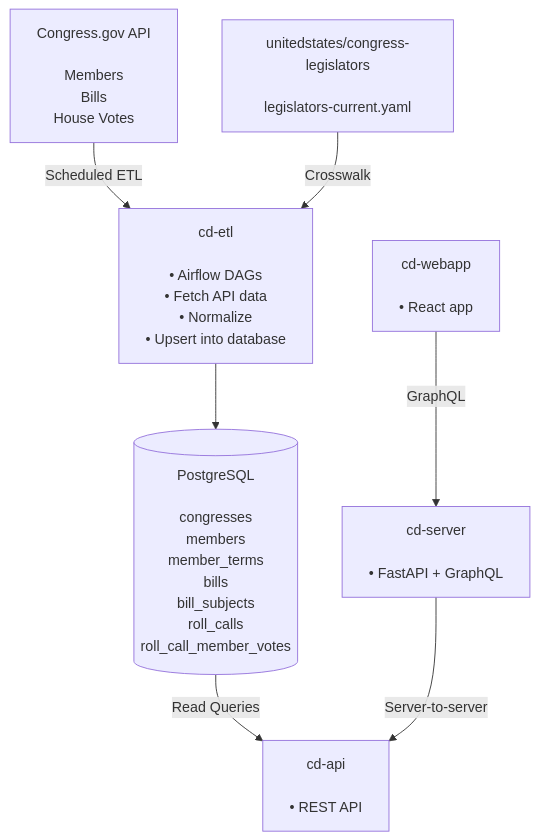
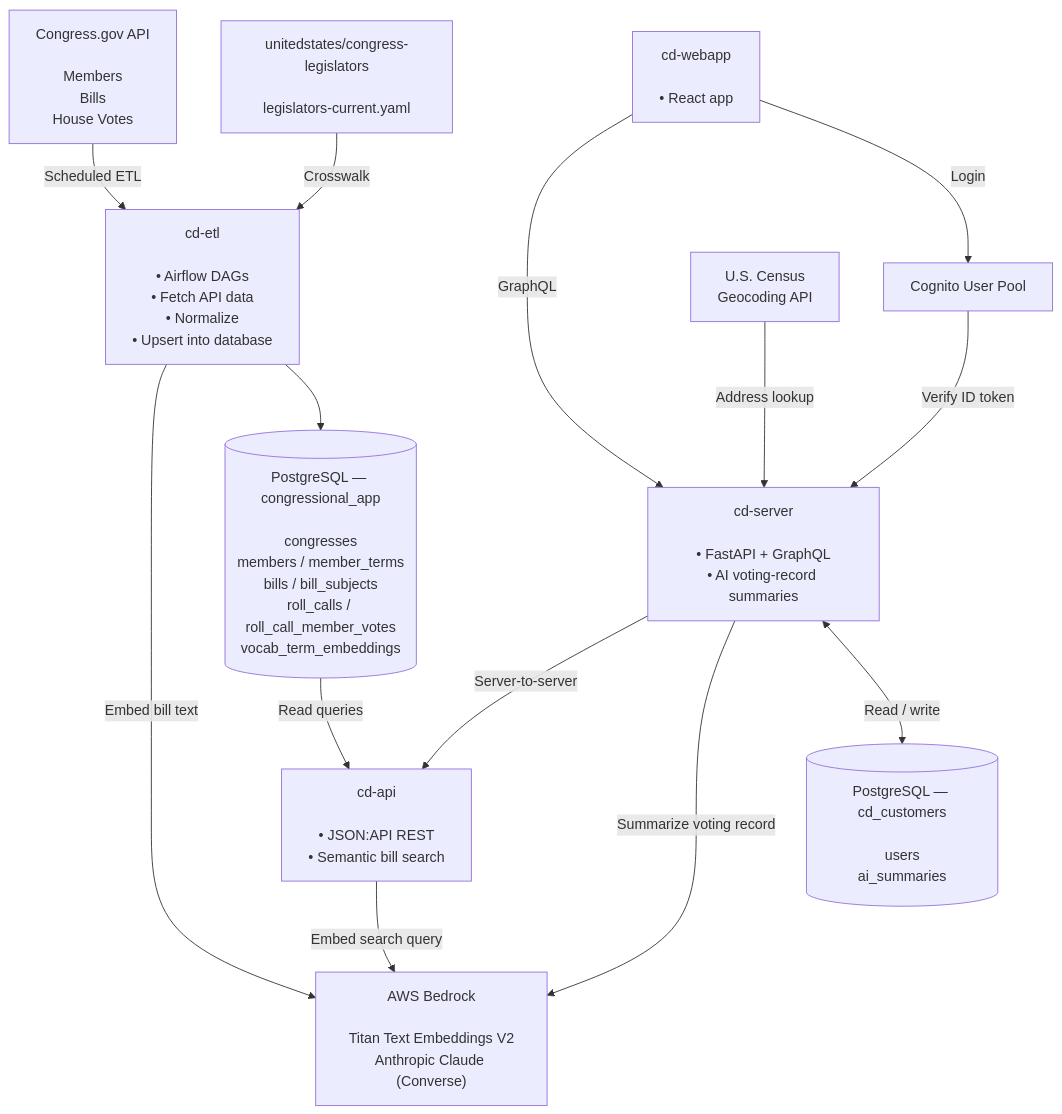
One commit to rchacon/cd-platform changed the diagram in README.md. Above: the diagram before and after it, drawn with Mermaid.

Commit message:
docs: refresh the architecture diagram
The root README's mermaid diagram was pre-semantic-search and
pre-cd-server-database. Adds what's since become load-bearing:

- AWS Bedrock -- Titan Text Embeddings V2 (cd-etl bill-text embeds +
  cd-api query embeds, cd-platform#9) and Anthropic Claude via the
  Converse API (cd-server's summarizeVotingRecord, cd-server-v0.5.0)
- cd_customers -- cd-server's own Postgres (users, ai_summaries), which
  no other component touches
- vocab_term_embeddings in the congressional_app table list; names the
  two databases apart now that there are two
- Cognito User Pool (cd-webapp login + cd-server ID-token verification)
  and the U.S. Census geocoding API (cd-server getDistrict)
- cd-api relabelled JSON:API REST + semantic bill search; cd-server
  gains the AI-summaries bullet

Rendered clean with mermaid-cli v11.

Claude-Session: https://claude.ai/code/session_01FjSrCoX1qp5tFTnqGUrxLJ

````diff
--- a/README.md
+++ b/README.md
@@ -7,9 +7,16 @@
 ```mermaid
 graph TD
     A["Congress.gov API<br/><br/>Members<br/>Bills<br/>House Votes"] -->|Scheduled ETL| B["cd-etl<br/><br/>• Airflow DAGs<br/>• Fetch API data<br/>• Normalize<br/>• Upsert into database"]
     E["unitedstates/congress-legislators<br/><br/>legislators-current.yaml"] -->|Crosswalk| B
-    B --> C[("PostgreSQL<br/><br/>congresses<br/>members<br/>member_terms<br/>bills<br/>bill_subjects<br/>roll_calls<br/>roll_call_member_votes")]
-    C -->|Read Queries| D["cd-api<br/><br/>• REST API"]
-    F["cd-webapp<br/><br/>• React app"] -->|GraphQL| G["cd-server<br/><br/>• FastAPI + GraphQL"]
+    B -->|Embed bill text| H["AWS Bedrock<br/><br/>Titan Text Embeddings V2<br/>Anthropic Claude (Converse)"]
+    B --> C[("PostgreSQL — congressional_app<br/><br/>congresses<br/>members / member_terms<br/>bills / bill_subjects<br/>roll_calls / roll_call_member_votes<br/>vocab_term_embeddings")]
+    C -->|Read queries| D["cd-api<br/><br/>• JSON:API REST<br/>• Semantic bill search"]
+    D -->|Embed search query| H
+    F["cd-webapp<br/><br/>• React app"] -->|GraphQL| G["cd-server<br/><br/>• FastAPI + GraphQL<br/>• AI voting-record summaries"]
     G -->|Server-to-server| D
+    G -->|Summarize voting record| H
+    G <-->|Read / write| I[("PostgreSQL — cd_customers<br/><br/>users<br/>ai_summaries")]
+    F -->|Login| J["Cognito User Pool"]
+    J -->|Verify ID token| G
+    K["U.S. Census<br/>Geocoding API"] -->|Address lookup| G
 ```
````
